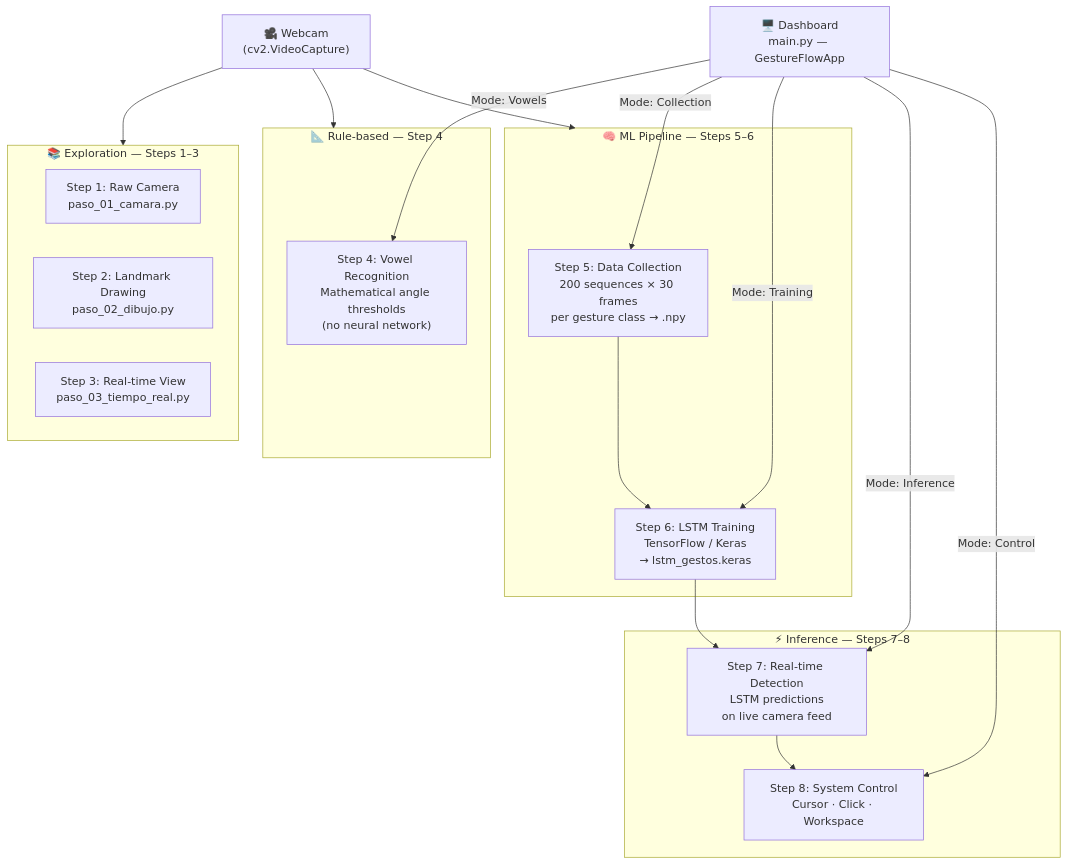
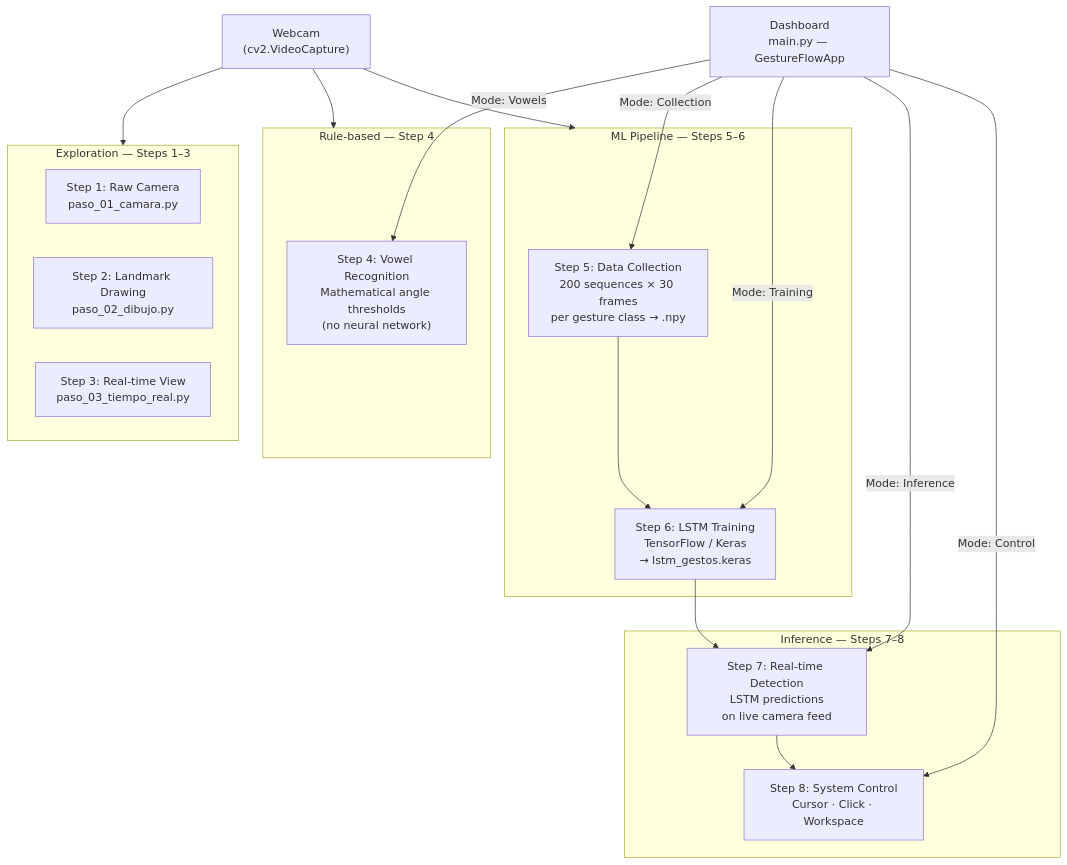
Before and after one commit to ItsTheWest/GestureFlow: the first of 2 diagrams in README.md, drawn with Mermaid. The commit also changed other lines of this file, not shown here.

First line of the commit message:
docs(readme): strip emojis, trim steps, add cross-platform install

````diff
--- a/README.md
+++ b/README.md
@@ -105,38 +107,38 @@
 ```mermaid
 flowchart TD
-    A["🎥 Webcam\n(cv2.VideoCapture)"]
+    A["Webcam\n(cv2.VideoCapture)"]
 
-    subgraph EXPLORE ["📚 Exploration — Steps 1–3"]
+    subgraph EXPLORE ["Exploration — Steps 1–3"]
         B["Step 1: Raw Camera\npaso_01_camara.py"]
         C["Step 2: Landmark Drawing\npaso_02_dibujo.py"]
         D["Step 3: Real-time View\npaso_03_tiempo_real.py"]
     end
 
-    subgraph RULEBASE ["📐 Rule-based — Step 4"]
+    subgraph RULEBASE ["Rule-based — Step 4"]
         E["Step 4: Vowel Recognition\nMathematical angle thresholds\n(no neural network)"]
     end
 
-    subgraph TRAINING ["🧠 ML Pipeline — Steps 5–6"]
+    subgraph TRAINING ["ML Pipeline — Steps 5–6"]
         F["Step 5: Data Collection\n200 sequences × 30 frames\nper gesture class → .npy"]
         G["Step 6: LSTM Training\nTensorFlow / Keras\n→ lstm_gestos.keras"]
     end
 
-    subgraph INFERENCE ["⚡ Inference — Steps 7–8"]
+    subgraph INFERENCE ["Inference — Steps 7–8"]
         H["Step 7: Real-time Detection\nLSTM predictions\non live camera feed"]
         I["Step 8: System Control\nCursor · Click · Workspace"]
     end
 
-    J["🖥️ Dashboard\nmain.py — GestureFlowApp"]
+    J["Dashboard\nmain.py — GestureFlowApp"]
 
     A --> EXPLORE
     A --> RULEBASE
     A --> TRAINING
     F --> G
     G --> H
     H --> I
     J -->|"Mode: Vowels"| E
     J -->|"Mode: Collection"| F
     J -->|"Mode: Training"| G
     J -->|"Mode: Inference"| H
     J -->|"Mode: Control"| I
 ```
````
